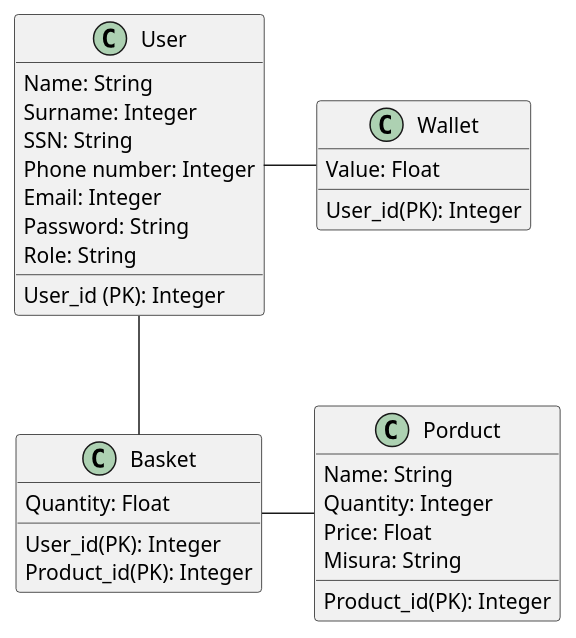
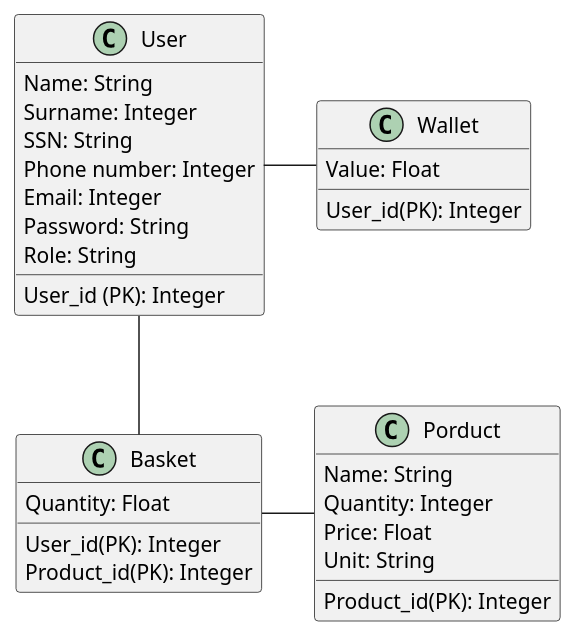
The diagram in Documentation/DB_structure.md (SE2-GROUP-P12/SPG), drawn with PlantUML before and after one commit.

Commit message:
FIx: typo in db structure

````diff
--- a/Documentation/DB_structure.md
+++ b/Documentation/DB_structure.md
@@ -6,33 +6,33 @@
 ```plantuml
 @startuml
 Class User{
     User_id (PK): Integer
     Name: String
     Surname: Integer
     SSN: String
     Phone number: Integer
     Email: Integer
     Password: String
     Role: String
 }
 Class Basket{
     User_id(PK): Integer
     Product_id(PK): Integer
     Quantity: Float
 }
 Class Porduct{
     Product_id(PK): Integer
     Name: String
     Quantity: Integer
     Price: Float
-    Misura: String
+    Unit: String
 }
 Class Wallet{
     User_id(PK): Integer
     Value: Float
 }
 User--Basket
 Basket - Porduct
 User-Wallet
 @enduml
 ```
````
